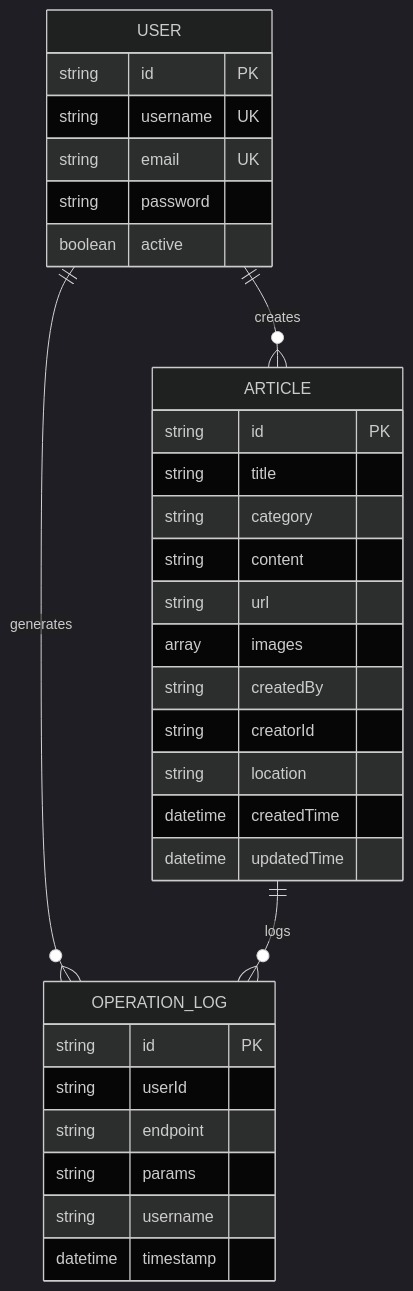
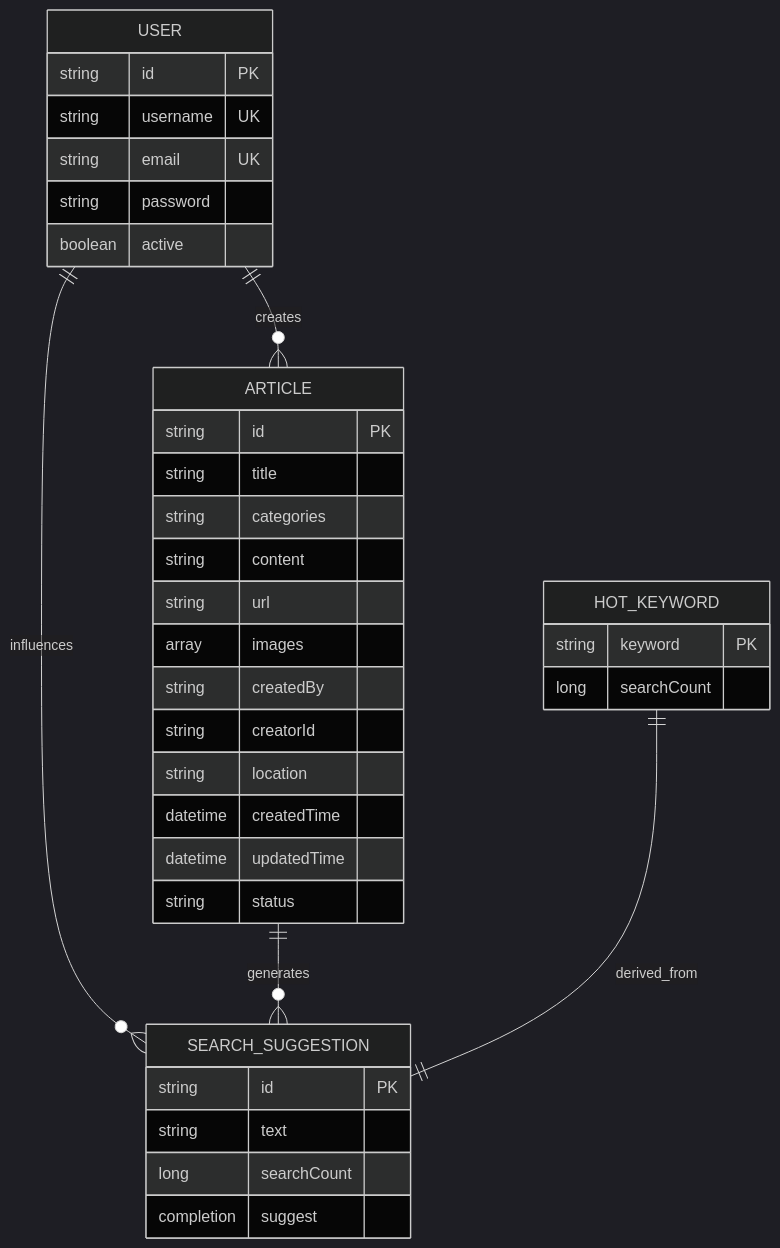
One commit to 20164206160/zhishilu changed the sixth of 9 diagrams in .qoder/repowiki/zh/content/文章内容管理/文章API接口/文章API接口.md. Above: the diagram before and after it, drawn with Mermaid (dark theme). The commit also changed other lines of this file and 28 other files, not shown here.

````diff
--- a/.qoder/repowiki/zh/content/文章内容管理/文章API接口/文章API接口.md
+++ b/.qoder/repowiki/zh/content/文章内容管理/文章API接口/文章API接口.md
@@ -442,34 +648,38 @@
 ```mermaid
 erDiagram
 ARTICLE {
 string id PK
 string title
-string category
+string categories
 string content
 string url
 array images
 string createdBy
 string creatorId
 string location
 datetime createdTime
 datetime updatedTime
+string status
 }
 USER {
 string id PK
 string username UK
 string email UK
 string password
 boolean active
 }
-OPERATION_LOG {
+SEARCH_SUGGESTION {
 string id PK
-string userId
-string endpoint
-string params
-string username
-datetime timestamp
+string text
+long searchCount
+completion suggest
+}
+HOT_KEYWORD {
+string keyword PK
+long searchCount
 }
 USER ||--o{ ARTICLE : creates
-USER ||--o{ OPERATION_LOG : generates
-ARTICLE ||--o{ OPERATION_LOG : logs
+USER ||--o{ SEARCH_SUGGESTION : influences
+ARTICLE ||--o{ SEARCH_SUGGESTION : generates
+HOT_KEYWORD ||--|| SEARCH_SUGGESTION : derived_from
 ```
````
